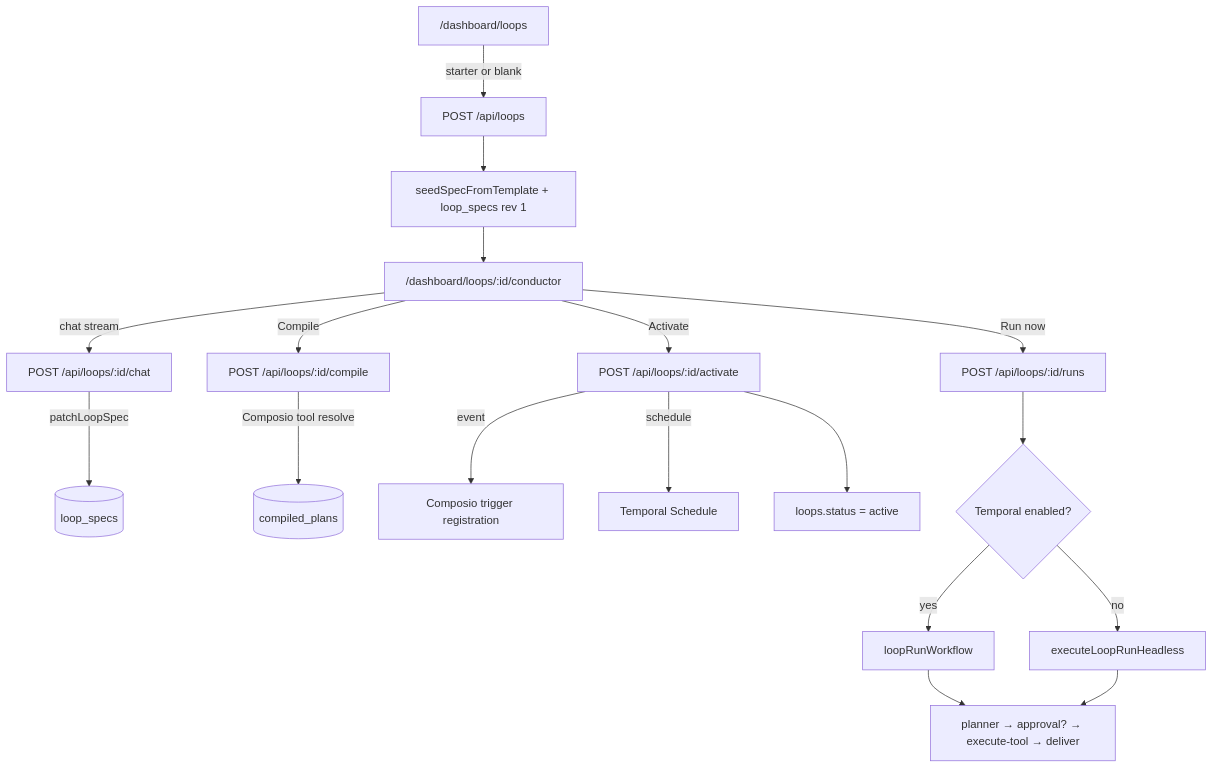
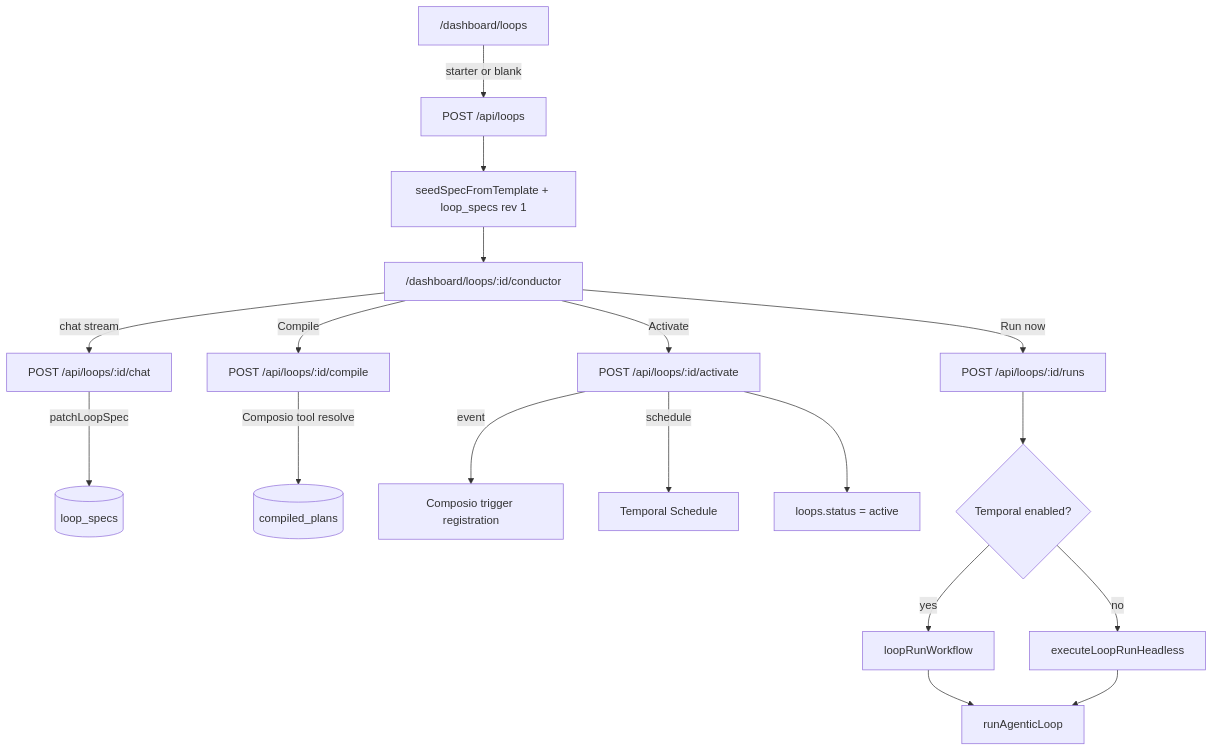
The first of 4 diagrams in docs/conductor.md (Dinuda/tallei-ai), drawn with Mermaid before and after one commit. The commit also changed other lines of this file and 69 other files, not shown here.

````diff
--- a/docs/conductor.md
+++ b/docs/conductor.md
@@ -13,24 +13,24 @@
 ```mermaid
 flowchart TD
   A["/dashboard/loops"] -->|starter or blank| B[POST /api/loops]
   B --> C[seedSpecFromTemplate + loop_specs rev 1]
   C --> D["/dashboard/loops/:id/conductor"]
 
   D -->|chat stream| E[POST /api/loops/:id/chat]
   E -->|patchLoopSpec| F[(loop_specs)]
 
   D -->|Compile| G[POST /api/loops/:id/compile]
   G -->|Composio tool resolve| H[(compiled_plans)]
 
   D -->|Activate| I[POST /api/loops/:id/activate]
   I -->|event| J[Composio trigger registration]
   I -->|schedule| K[Temporal Schedule]
   I --> L[loops.status = active]
 
   D -->|Run now| M[POST /api/loops/:id/runs]
   M --> N{Temporal enabled?}
   N -->|yes| O[loopRunWorkflow]
   N -->|no| P[executeLoopRunHeadless]
-  O --> Q[planner → approval? → execute-tool → deliver]
+  O --> Q[runAgenticLoop]
   P --> Q
 ```
````
